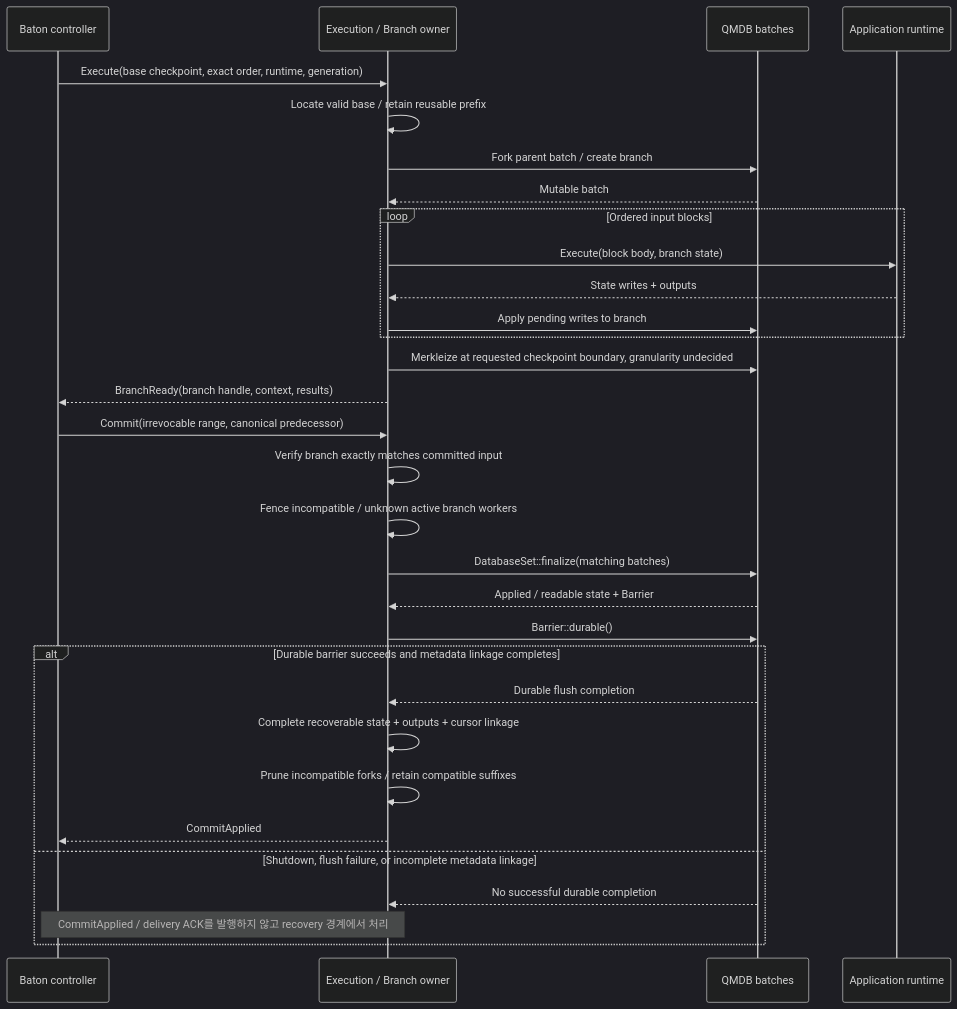
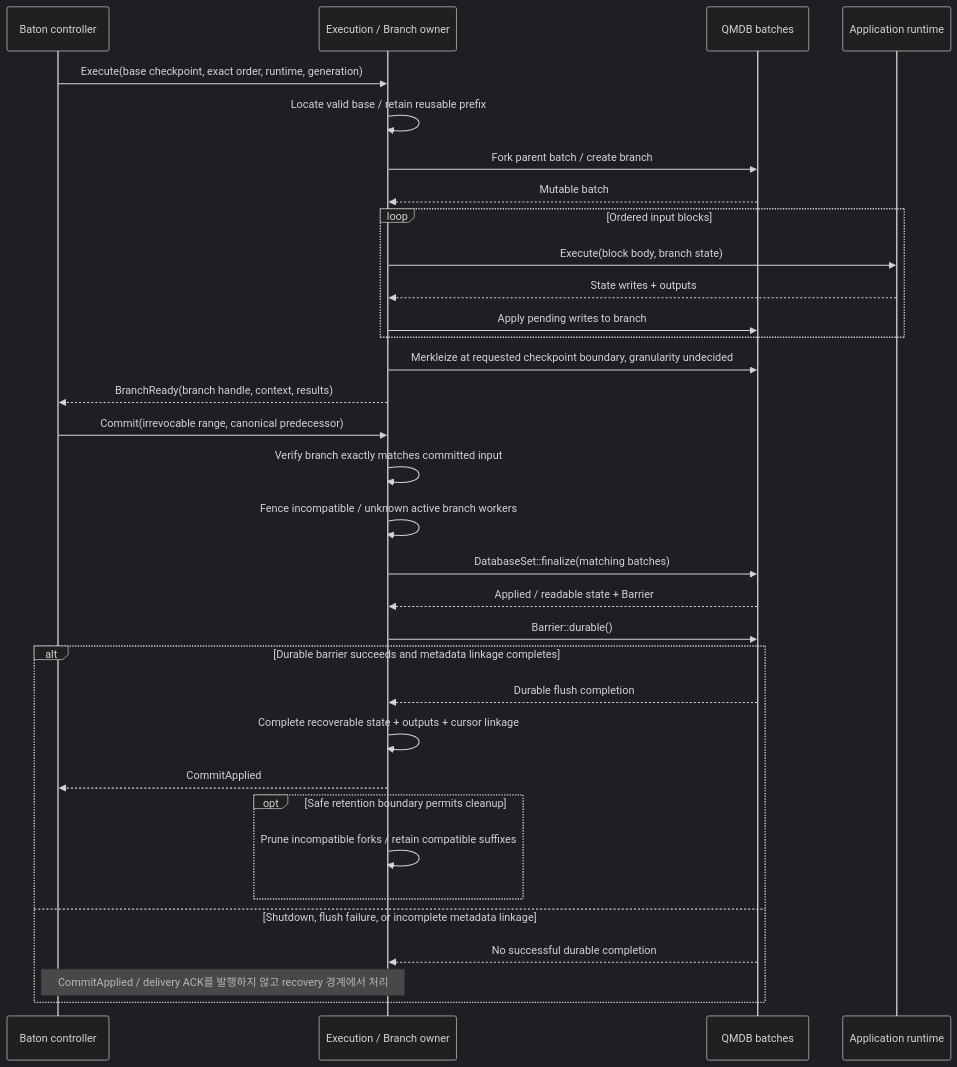
One commit to djm07073/baton-research changed the ninth of 17 diagrams in IMPLEMENTATION_SPEC.md. Above: the diagram before and after it, drawn with Mermaid (dark theme). The commit also changed other lines of this file and 231 other files, not shown here.

````diff
--- a/IMPLEMENTATION_SPEC.md
+++ b/IMPLEMENTATION_SPEC.md
@@ -408,33 +418,35 @@
 ```mermaid
 sequenceDiagram
     participant B as Baton controller
     participant O as Execution / Branch owner
     participant Q as QMDB batches
     participant A as Application runtime
     B->>O: Execute(base checkpoint, exact order, runtime, generation)
     O->>O: Locate valid base / retain reusable prefix
     O->>Q: Fork parent batch / create branch
     Q-->>O: Mutable batch
     loop Ordered input blocks
         O->>A: Execute(block body, branch state)
         A-->>O: State writes + outputs
         O->>Q: Apply pending writes to branch
     end
     O->>Q: Merkleize at requested checkpoint boundary, granularity undecided
     O-->>B: BranchReady(branch handle, context, results)
     B->>O: Commit(irrevocable range, canonical predecessor)
     O->>O: Verify branch exactly matches committed input
     O->>O: Fence incompatible / unknown active branch workers
     O->>Q: DatabaseSet::finalize(matching batches)
     Q-->>O: Applied / readable state + Barrier
     O->>Q: Barrier::durable()
     alt Durable barrier succeeds and metadata linkage completes
         Q-->>O: Durable flush completion
         O->>O: Complete recoverable state + outputs + cursor linkage
-        O->>O: Prune incompatible forks / retain compatible suffixes
         O-->>B: CommitApplied
+        opt Safe retention boundary permits cleanup
+            O->>O: Prune incompatible forks / retain compatible suffixes
+        end
     else Shutdown, flush failure, or incomplete metadata linkage
         Q-->>O: No successful durable completion
         Note over B,O: CommitApplied / delivery ACK를 발행하지 않고 recovery 경계에서 처리
     end
 ```
````
